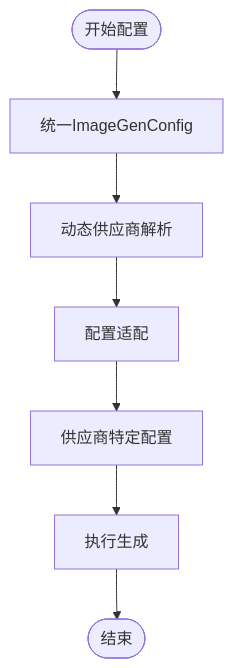
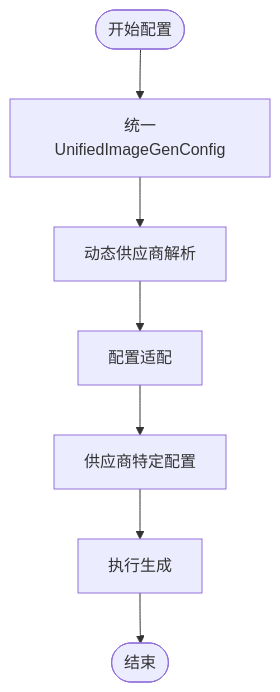
The third of 10 diagrams in .qoder/repowiki/zh/content/后端服务架构/业务服务层/媒体生成服务/图像生成系统.md (KunLabAI/KunFlix), drawn with Mermaid before and after one commit. The commit also changed other lines of this file and 24 other files, not shown here.

````diff
--- a/.qoder/repowiki/zh/content/后端服务架构/业务服务层/媒体生成服务/图像生成系统.md
+++ b/.qoder/repowiki/zh/content/后端服务架构/业务服务层/媒体生成服务/图像生成系统.md
@@ -188,9 +205,9 @@
 ```mermaid
 flowchart TD
-Start(["开始配置"]) --> Unified["统一ImageGenConfig"]
+Start(["开始配置"]) --> Unified["统一UnifiedImageGenConfig"]
 Unified --> Dynamic["动态供应商解析"]
 Dynamic --> Adapt["配置适配"]
 Adapt --> Provider["供应商特定配置"]
 Provider --> Execute["执行生成"]
 Execute --> End(["结束"])
 ```
````
